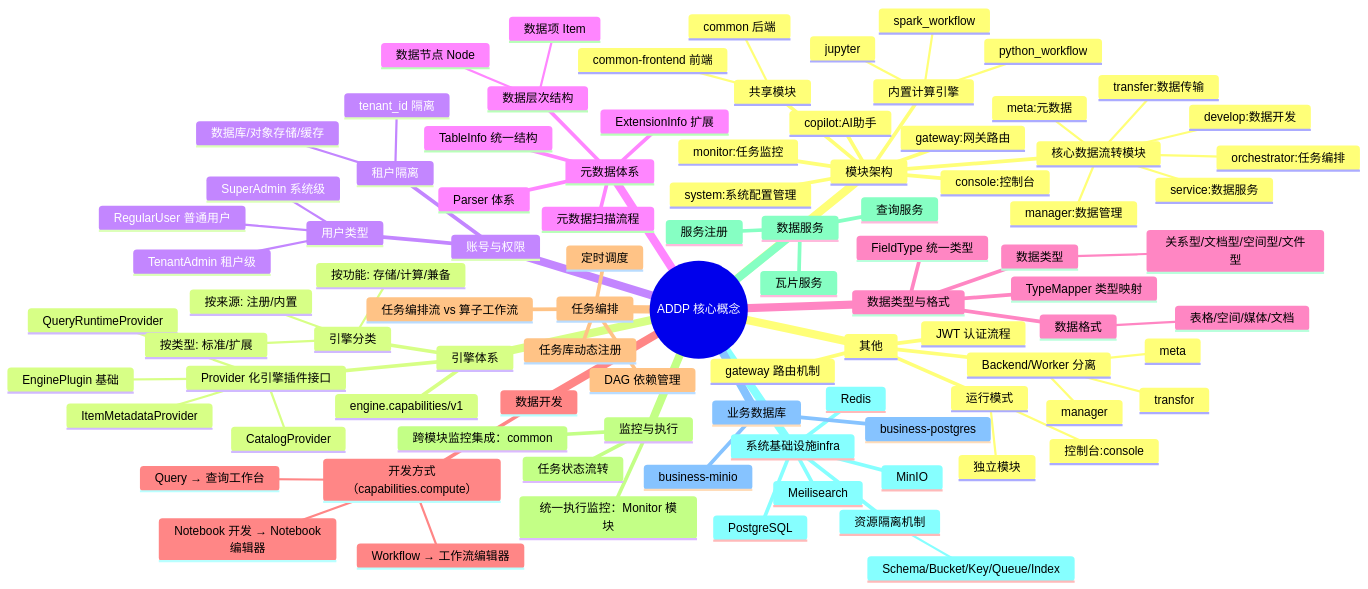
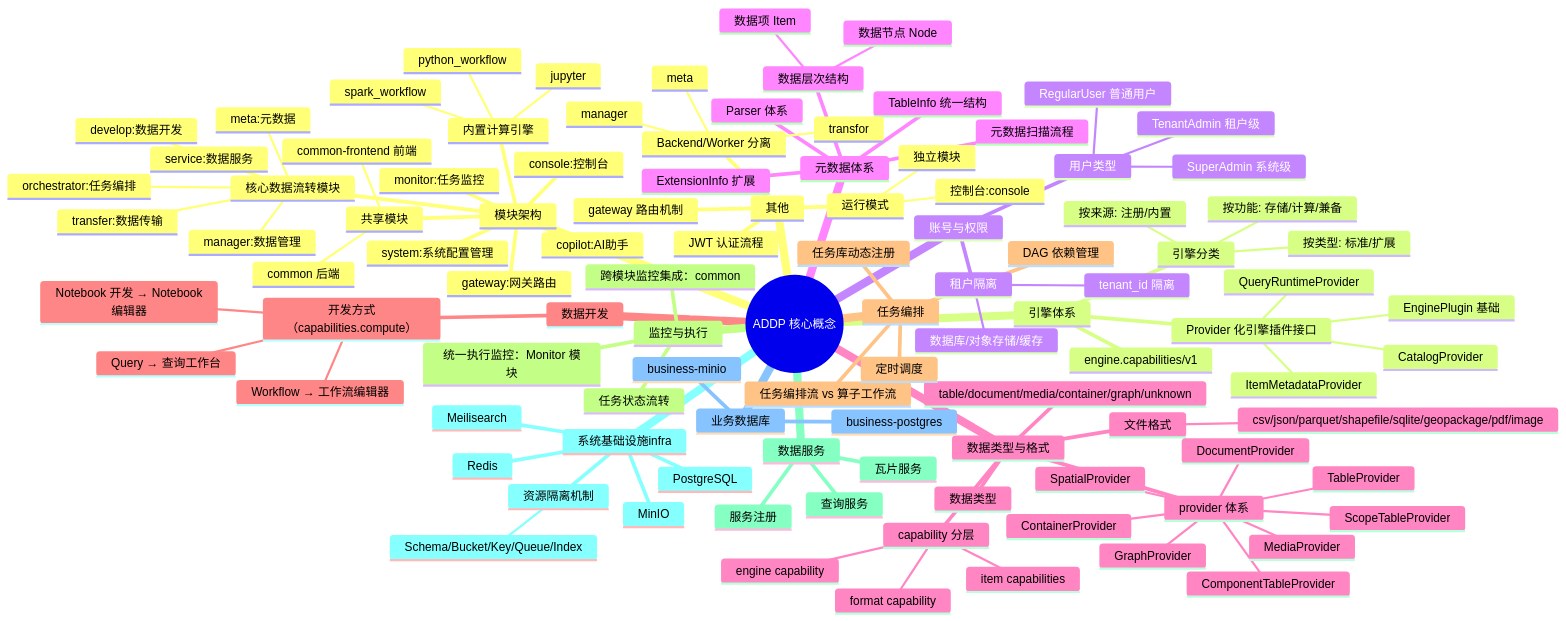
Before and after one commit to pampa0629/addp: the first of 2 diagrams in docs/concepts/addp核心概念关系图.md, drawn with Mermaid. The commit also changed other lines of this file and 68 other files, not shown here.

```diff
--- a/docs/concepts/addp核心概念关系图.md
+++ b/docs/concepts/addp核心概念关系图.md
@@ -68,11 +68,22 @@
       元数据扫描流程
     数据类型与格式
       数据类型
-        关系型/文档型/空间型/文件型
-      数据格式
-        表格/空间/媒体/文档
-      FieldType 统一类型
-      TypeMapper 类型映射
+      table/document/media/container/graph/unknown
+      文件格式
+        csv/json/parquet/shapefile/sqlite/geopackage/pdf/image
+      capability 分层
+        engine capability
+        format capability
+        item capabilities
+      provider 体系
+        TableProvider
+        ComponentTableProvider
+        ScopeTableProvider
+        DocumentProvider
+        MediaProvider
+        ContainerProvider
+        GraphProvider
+        SpatialProvider
     数据开发
       开发方式（capabilities.compute）
         Query → 查询工作台
```
